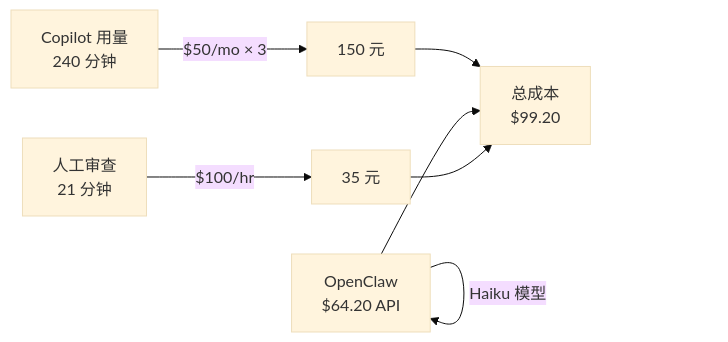
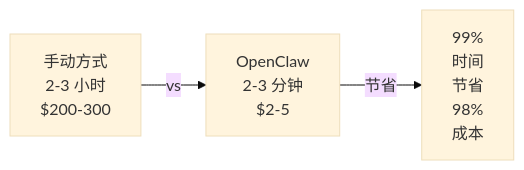
Before and after one commit to shawndenggh/shawndeng.tech: the third of 6 diagrams in content/posts/openclaw-copilot-automation.md, drawn with Mermaid (base theme). The commit also changed other lines of this file, not shown here.

Commit message:
refactor: rewrite article - focus on using OpenClaw to orchestrate Copilot for batch code generation

````diff
--- a/content/posts/openclaw-copilot-automation.md
+++ b/content/posts/openclaw-copilot-automation.md
@@ -411,9 +180,5 @@
 ```mermaid
 graph LR
-    A["Copilot 用量<br/>240 分钟"] -->|$50/mo × 3| B["150 元"]
-    C["OpenClaw<br/>$64.20 API"] -->|Haiku 模型| C
-    D["人工审查<br/>21 分钟"] -->|$100/hr| E["35 元"]
-    B --> F["总成本<br/>$99.20"]
-    C --> F
-    E --> F
+    A["手动方式<br/>2-3 小时<br/>$200-300"] -->|vs| B["OpenClaw<br/>2-3 分钟<br/>$2-5"]
+    B -->|节省| C["99%<br/>时间<br/>节省<br/>98%<br/>成本"]
 ```
````
